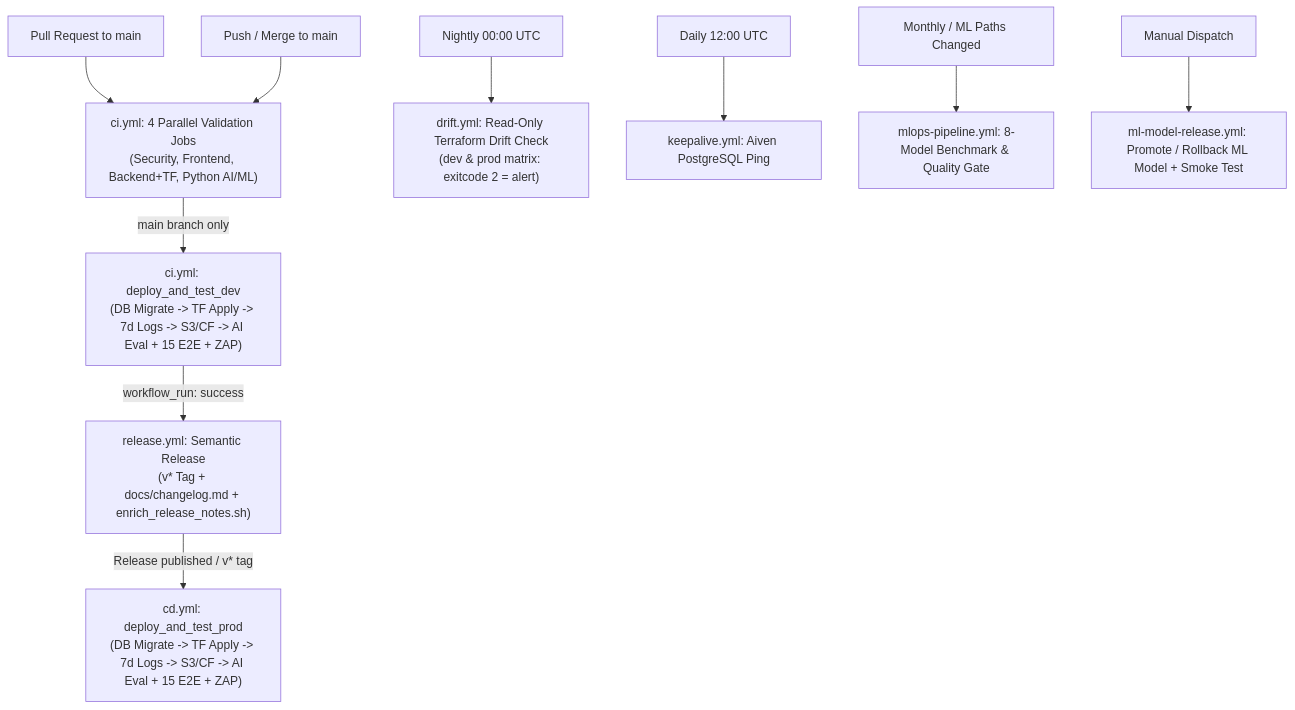
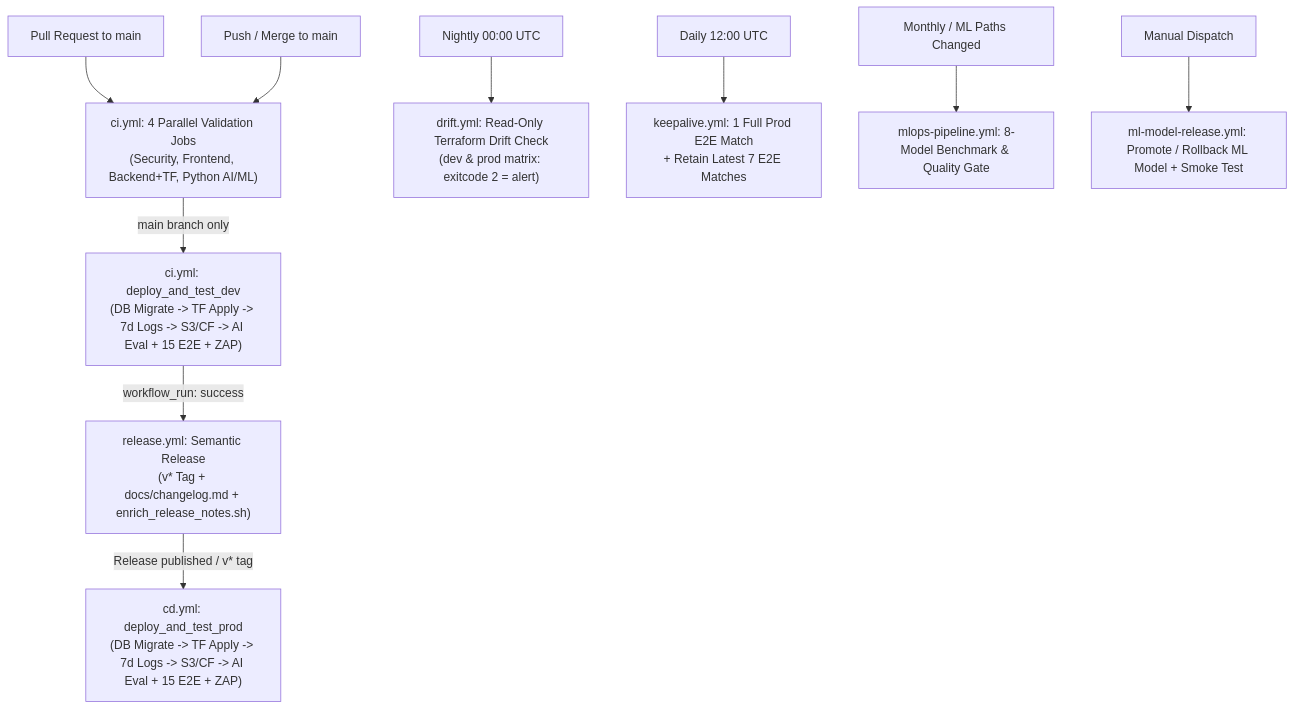
Before and after one commit to venkatesh-singamsetty/cricscore: the diagram in docs/github_actions.md, drawn with Mermaid. The commit also changed other lines of this file and 8 other files, not shown here.

Commit message:
ci(keepalive): run daily prod E2E match with 7-match retention & list docs one-by-one

````diff
--- a/docs/github_actions.md
+++ b/docs/github_actions.md
@@ -5,13 +5,13 @@
 ```mermaid
 flowchart TD
     PR["Pull Request to main"] --> CI_VAL["ci.yml: 4 Parallel Validation Jobs\n(Security, Frontend, Backend+TF, Python AI/ML)"]
     PUSH["Push / Merge to main"] --> CI_VAL
     CI_VAL -->|main branch only| DEV["ci.yml: deploy_and_test_dev\n(DB Migrate -> TF Apply -> 7d Logs -> S3/CF -> AI Eval + 15 E2E + ZAP)"]
     DEV -->|workflow_run: success| REL["release.yml: Semantic Release\n(v* Tag + docs/changelog.md + enrich_release_notes.sh)"]
     REL -->|Release published / v* tag| PROD["cd.yml: deploy_and_test_prod\n(DB Migrate -> TF Apply -> 7d Logs -> S3/CF -> AI Eval + 15 E2E + ZAP)"]
 
     CRON_D["Nightly 00:00 UTC"] --> DRIFT["drift.yml: Read-Only Terraform Drift Check\n(dev & prod matrix: exitcode 2 = alert)"]
-    CRON_K["Daily 12:00 UTC"] --> KEEP["keepalive.yml: Aiven PostgreSQL Ping"]
+    CRON_K["Daily 12:00 UTC"] --> KEEP["keepalive.yml: 1 Full Prod E2E Match\n+ Retain Latest 7 E2E Matches"]
     CRON_M["Monthly / ML Paths Changed"] --> MLOPS["mlops-pipeline.yml: 8-Model Benchmark & Quality Gate"]
     DISPATCH_M["Manual Dispatch"] --> MLREL["ml-model-release.yml: Promote / Rollback ML Model + Smoke Test"]
 ```
````
